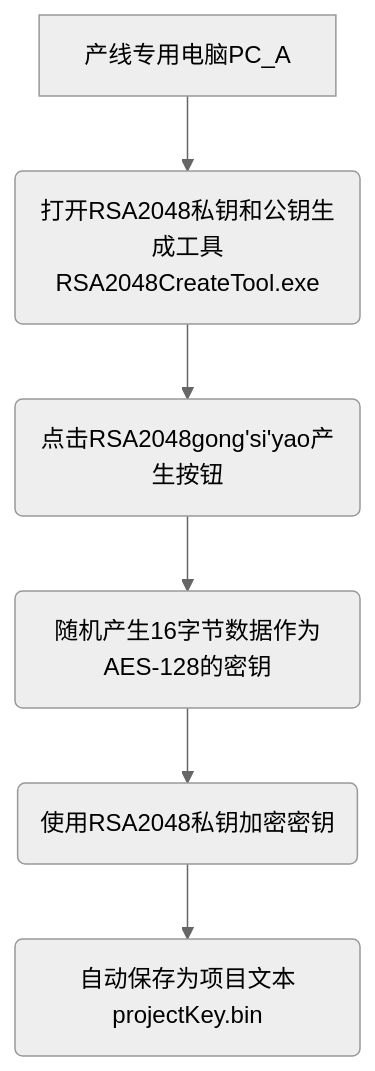
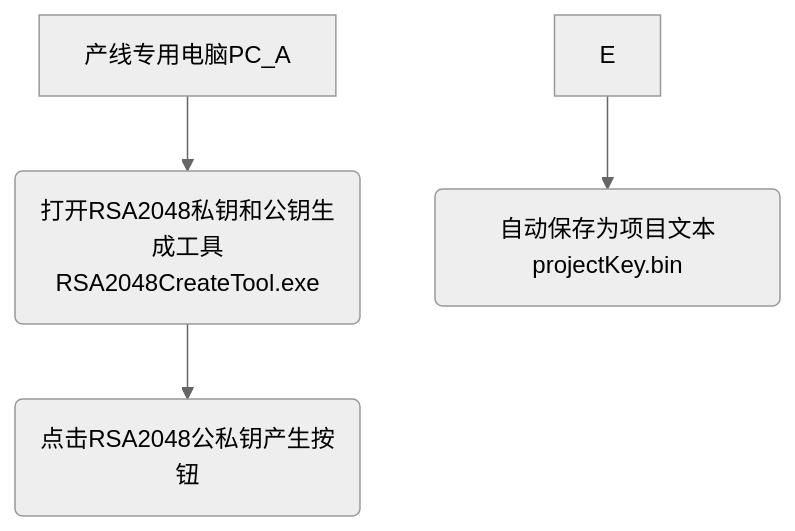
Before and after one commit to facebook-cloud/iodraw-files: the diagram in all/未命名-10.md, drawn with Mermaid (neutral theme).

Commit message:
2026-01-06 20:26:19 update

````diff
--- a/all/未命名-10.md
+++ b/all/未命名-10.md
@@ -1,8 +1,7 @@
 ```mermaid
 graph TD
     A[产线专用电脑PC_A] --> B(打开RSA2048私钥和公钥生成工具RSA2048CreateTool.exe)
-    B --> C(点击RSA2048gong'si'yao产生按钮)
-    C --> D(随机产生16字节数据作为AES-128的密钥)
-    D --> E(使用RSA2048私钥加密密钥)
+    B --> C(点击RSA2048公私钥产生按钮)
+
     E --> F(自动保存为项目文本projectKey.bin)
 ```
````
